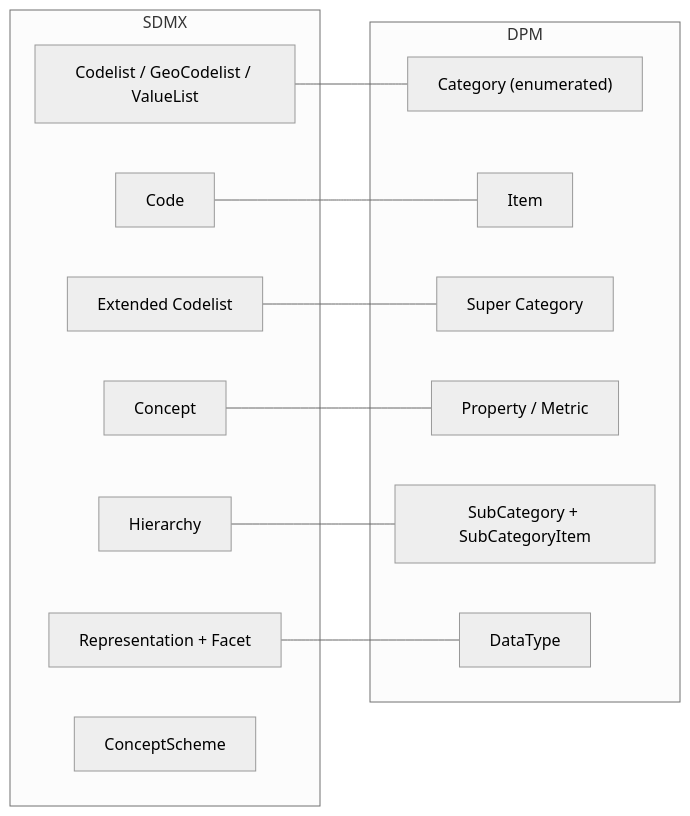
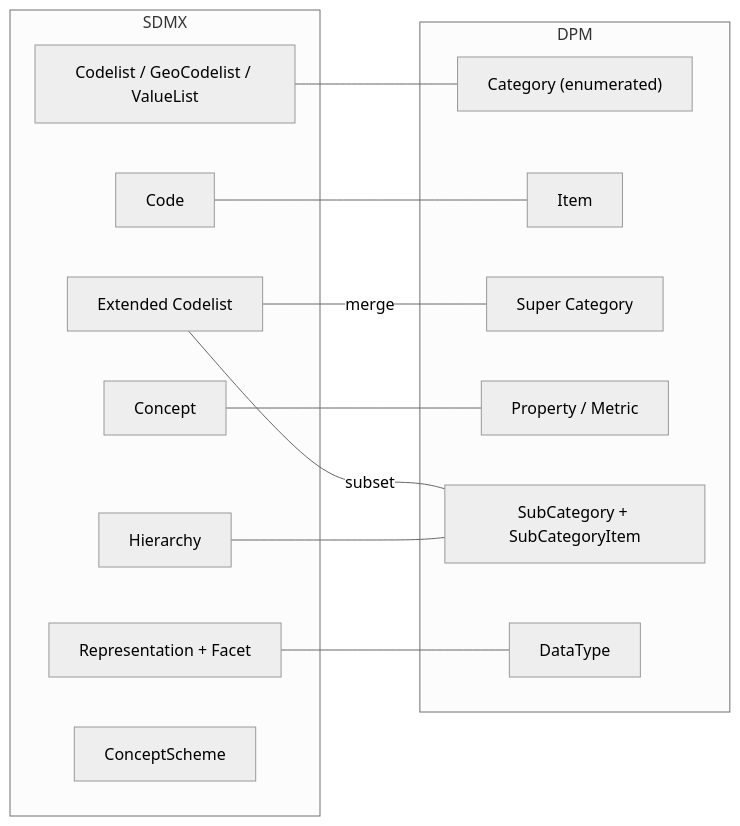
The diagram in docs/models-relationships/01_glossary/02_high_level_mapping_summary.md (sdmx-twg/wp-sdmx-dpm), drawn with Mermaid (neutral theme) before and after one commit. The commit also changed other lines of this file, not shown here.

First line of the commit message:
fix: add SubCategory link for Extended Codelist in graphical mapping

````diff
--- a/docs/models-relationships/01_glossary/02_high_level_mapping_summary.md
+++ b/docs/models-relationships/01_glossary/02_high_level_mapping_summary.md
@@ -26,28 +26,29 @@
 ```mermaid
 flowchart LR
   subgraph SDMX
     sCodelist["Codelist / GeoCodelist / ValueList"]
     sCode["Code"]
     sExt["Extended Codelist"]
     sConcept["Concept"]
     sHier["Hierarchy"]
     sRep["Representation + Facet"]
     sCS["ConceptScheme"]
   end
 
   subgraph DPM
     dCat["Category (enumerated)"]
     dItem["Item"]
     dSuper["Super Category"]
     dProp["Property / Metric"]
     dSub["SubCategory + SubCategoryItem"]
     dDT["DataType"]
   end
 
   sConcept --- dProp
   sCodelist --- dCat
   sCode --- dItem
-  sExt --- dSuper
+  sExt -- "merge" --- dSuper
+  sExt -- "subset" --- dSub
   sHier --- dSub
   sRep --- dDT
 ```
````
